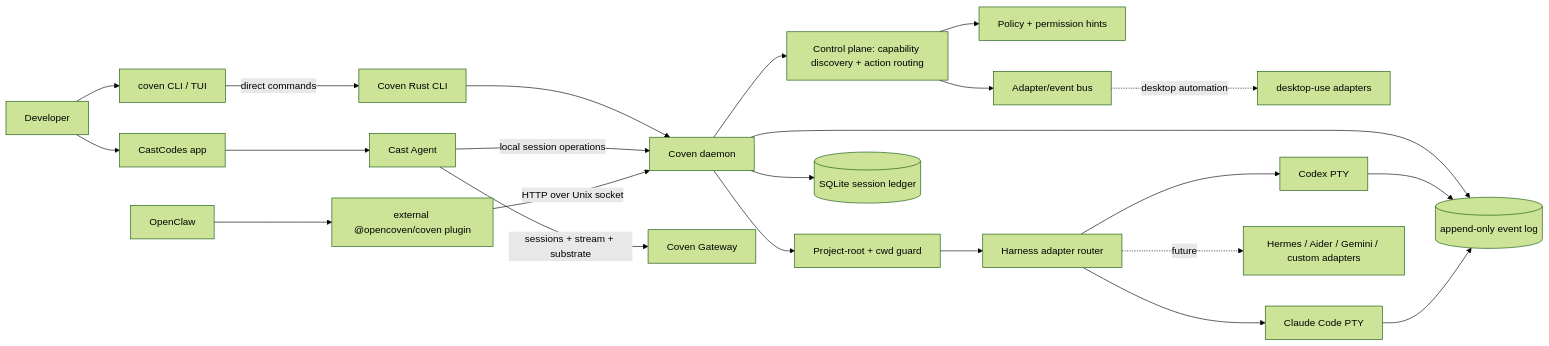
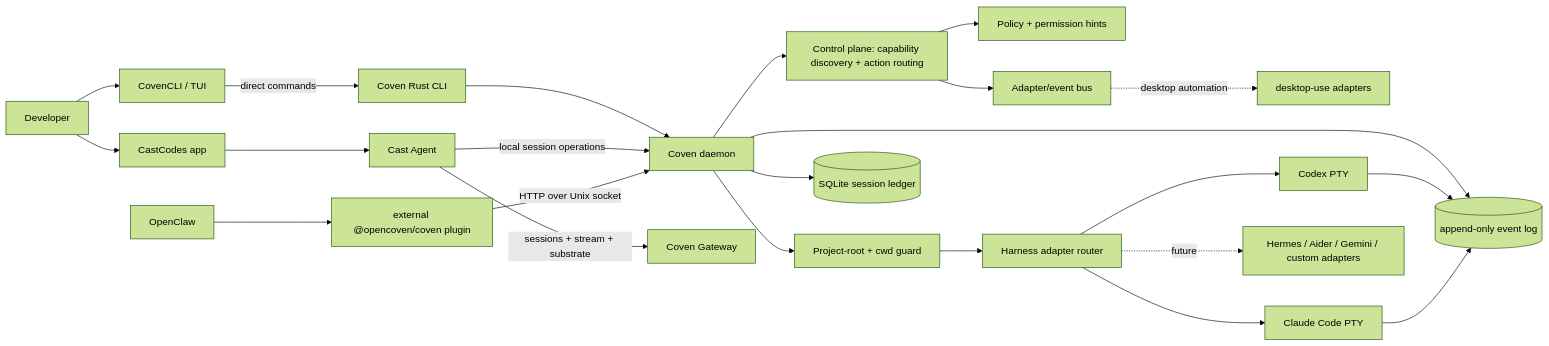
The first of 4 diagrams in content/docs/guide/architecture.mdx (OpenCoven/coven-docs), drawn with Mermaid (forest theme) before and after one commit. The commit also changed other lines of this file and 12 other files, not shown here.

First line of the commit message:
docs: modernize tables, expand Glossolalia map, finish CovenCLI rebrand

````diff
--- a/content/docs/guide/architecture.mdx
+++ b/content/docs/guide/architecture.mdx
@@ -34,28 +34,28 @@
 ```mermaid
 flowchart LR
-  User[Developer] --> CLI[coven CLI / TUI]
+  User[Developer] --> CLI[CovenCLI / TUI]
   User --> CastCodes[CastCodes app]
   CLI -->|direct commands| Rust[Coven Rust CLI]
   Rust --> Daemon[Coven daemon]
 
   CastCodes --> CastAgent[Cast Agent]
   CastAgent -->|sessions + stream + substrate| Gateway[Coven Gateway]
   CastAgent -->|local session operations| Daemon
   OpenClaw[OpenClaw] --> Plugin[external @opencoven/coven plugin]
   Plugin -->|HTTP over Unix socket| Daemon
   Daemon --> Control[Control plane: capability discovery + action routing]
   Control --> Policy[Policy + permission hints]
   Control --> AdapterBus[Adapter/event bus]
   AdapterBus -. desktop automation .-> DesktopUse[desktop-use adapters]
 
   Daemon --> Boundary[Project-root + cwd guard]
   Boundary --> Adapter[Harness adapter router]
   Adapter --> Codex[Codex PTY]
   Adapter --> Claude[Claude Code PTY]
   Adapter -. future .-> Future[Hermes / Aider / Gemini / custom adapters]
 
   Daemon --> Store[(SQLite session ledger)]
   Daemon --> Events[(append-only event log)]
   Codex --> Events
   Claude --> Events
 ```
````
